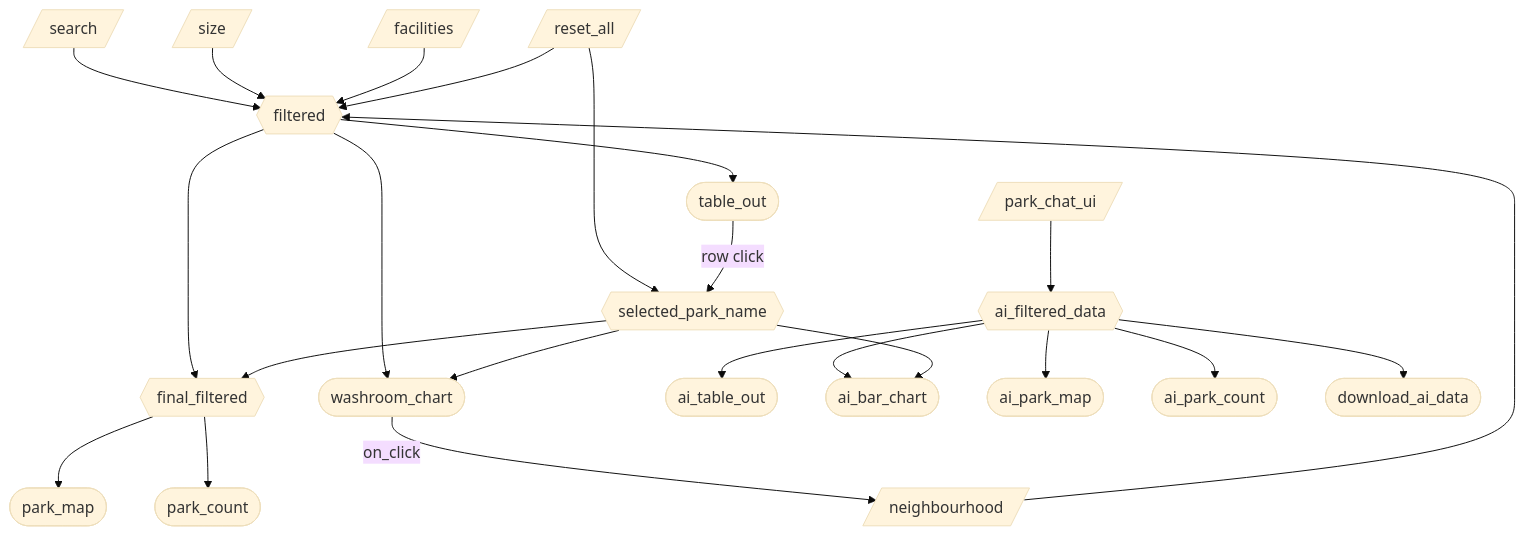
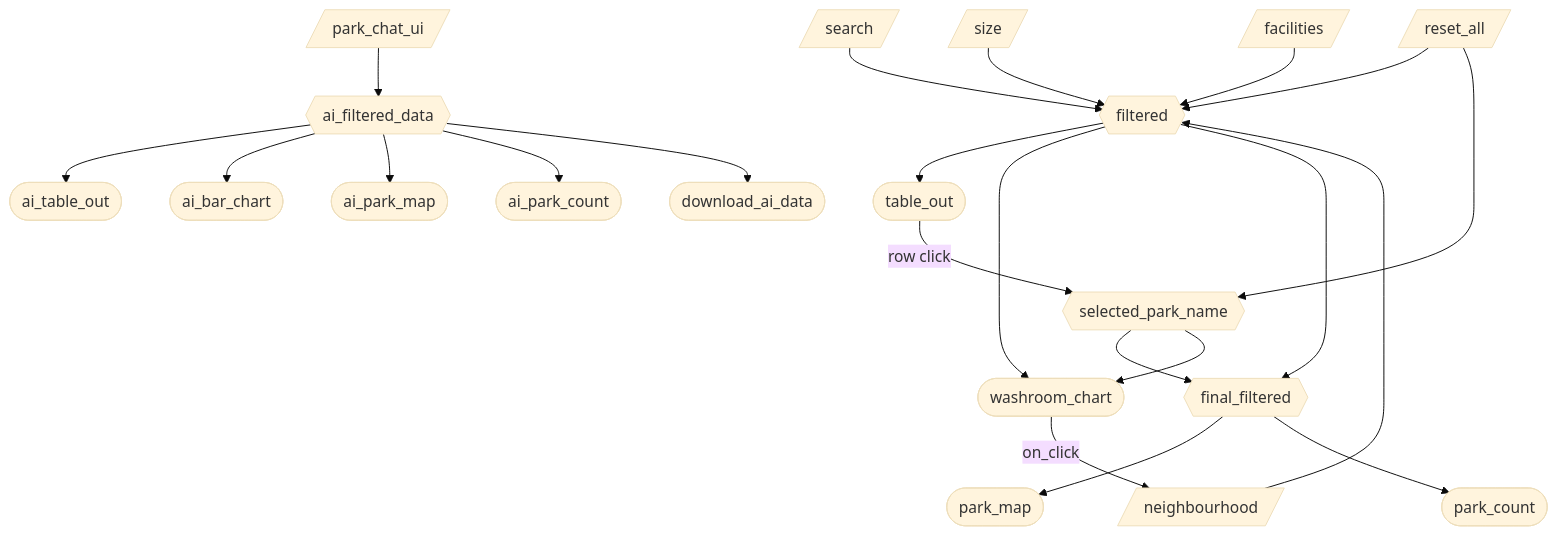
One commit to UBC-MDS/DSCI-532_2026_3_vancouver_park_dashboard changed the diagram in reports/m4_specifications.md. Above: the diagram before and after it, drawn with Mermaid (base theme). The commit also changed other lines of this file, not shown here.

````diff
--- a/reports/m4_specifications.md
+++ b/reports/m4_specifications.md
@@ -47,30 +47,29 @@
 ```mermaid
 flowchart TD
   A[/search/] --> F{{filtered}}
   B[/neighbourhood/] --> F
   C[/size/] --> F
   D[/facilities/] --> F
   R[/reset_all/] --> F
   R --> S
 
   F --> P1([table_out])
   F --> P2([washroom_chart])
   F --> FF{{final_filtered}}
 
   P1 -- row click --> S{{selected_park_name}}
   P2 -- on_click --> B
 
   S --> FF
   S --> P2
 
   FF --> P3([park_map])
   FF --> P4([park_count])
 
   Q[/park_chat_ui/] --> AI{{ai_filtered_data}}
   AI --> AP1([ai_table_out])
   AI --> AP2([ai_bar_chart])
   AI --> AP3([ai_park_map])
   AI --> AP4([ai_park_count])
   AI --> AP5([download_ai_data])
-  S --> AP2
 ```
````
